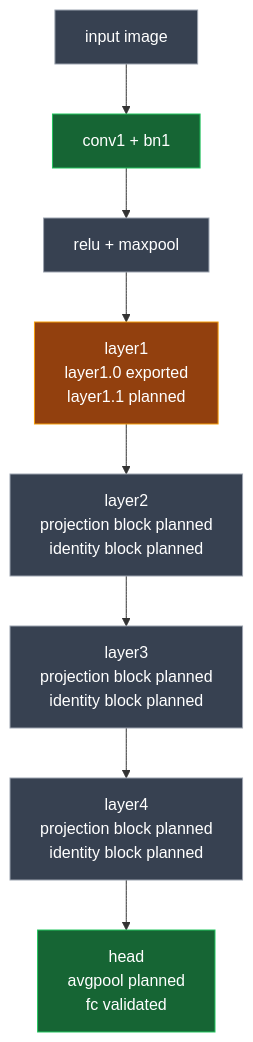
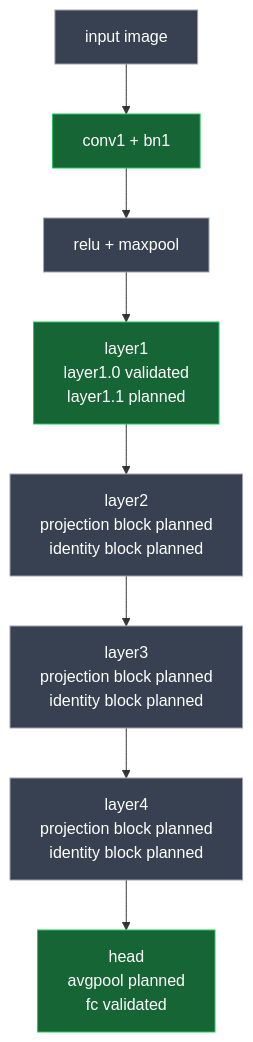
Before and after one commit to awaldm/dlinf: the diagram in docs/resnet18_coverage.md, drawn with Mermaid. The commit also changed other lines of this file and 10 other files, not shown here.

````diff
--- a/docs/resnet18_coverage.md
+++ b/docs/resnet18_coverage.md
@@ -10,21 +10,20 @@
 ```mermaid
 flowchart TB
     input["input image"]
     convbn["conv1 + bn1"]
     relupool["relu + maxpool"]
-    layer1["layer1<br/>layer1.0 exported<br/>layer1.1 planned"]
+    layer1["layer1<br/>layer1.0 validated<br/>layer1.1 planned"]
     layer2["layer2<br/>projection block planned<br/>identity block planned"]
     layer3["layer3<br/>projection block planned<br/>identity block planned"]
     layer4["layer4<br/>projection block planned<br/>identity block planned"]
     head["head<br/>avgpool planned<br/>fc validated"]
 
     input --> convbn --> relupool --> layer1 --> layer2 --> layer3 --> layer4 --> head
 
     classDef validated fill:#166534,stroke:#22c55e,color:#ffffff;
     classDef exported fill:#92400e,stroke:#f59e0b,color:#ffffff;
     classDef planned fill:#374151,stroke:#9ca3af,color:#ffffff;
 
-    class convbn,head validated;
-    class layer1 exported;
+    class convbn,layer1,head validated;
     class input,relupool,layer2,layer3,layer4 planned;
 ```
````
